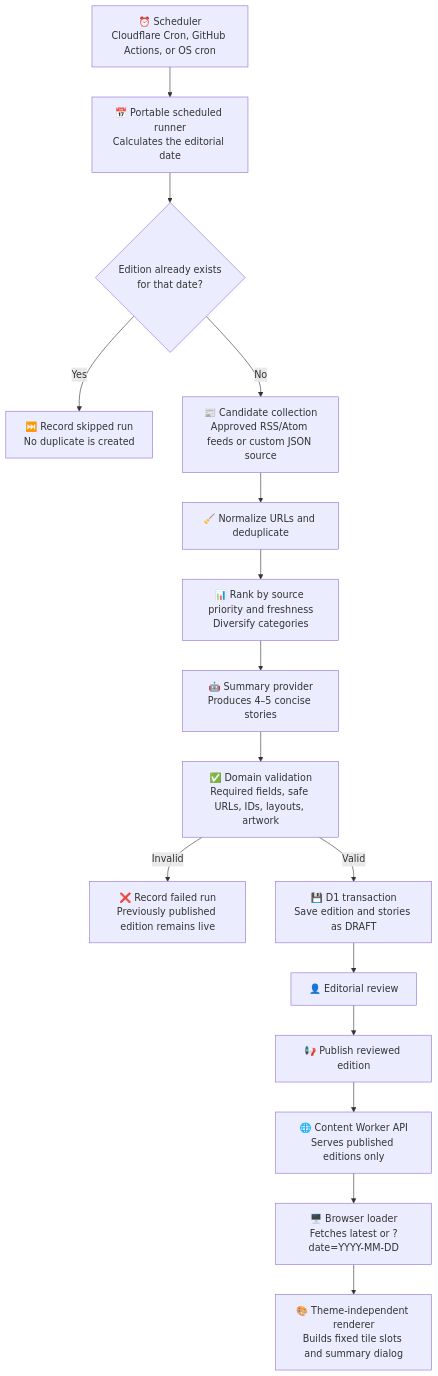
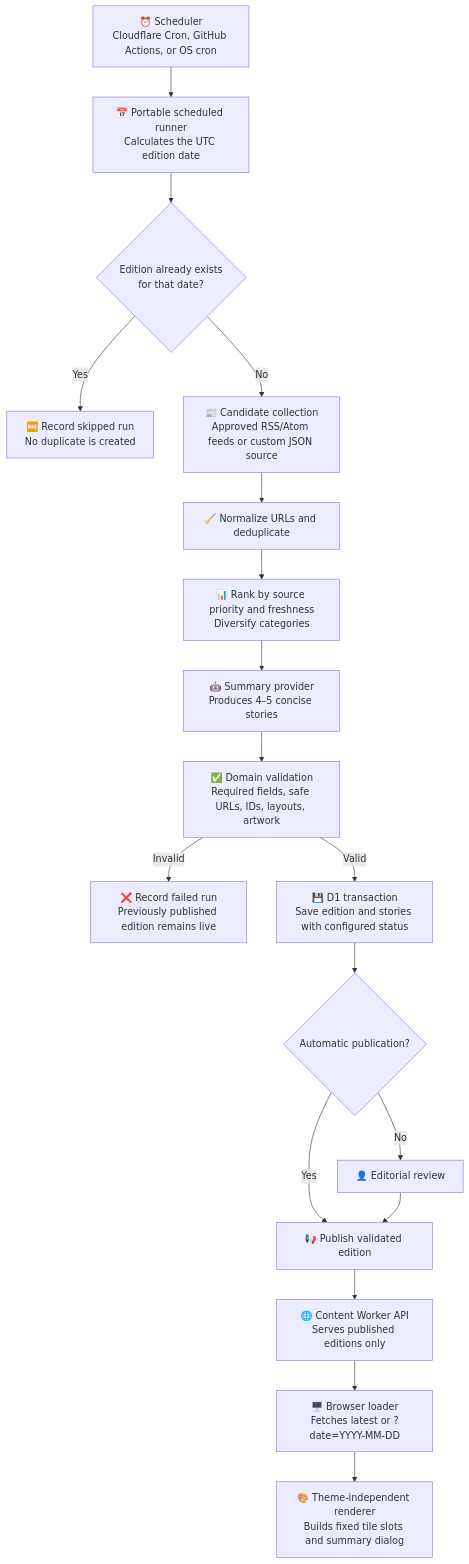
One commit to RadheCode/AINuggets changed the diagram in docs/CONTENT_ENGINE.md. Above: the diagram before and after it, drawn with Mermaid. The commit also changed other lines of this file and 18 other files, not shown here.

````diff
--- a/docs/CONTENT_ENGINE.md
+++ b/docs/CONTENT_ENGINE.md
@@ -18,21 +18,22 @@
 ```mermaid
 flowchart TD
-    A["⏰ Scheduler\nCloudflare Cron, GitHub Actions, or OS cron"] --> B["📅 Portable scheduled runner\nCalculates the editorial date"]
+    A["⏰ Scheduler\nCloudflare Cron, GitHub Actions, or OS cron"] --> B["📅 Portable scheduled runner\nCalculates the UTC edition date"]
     B --> C{"Edition already exists\nfor that date?"}
 
     C -- "Yes" --> D["⏭️ Record skipped run\nNo duplicate is created"]
     C -- "No" --> E["📰 Candidate collection\nApproved RSS/Atom feeds or custom JSON source"]
     E --> F["🧹 Normalize URLs and deduplicate"]
     F --> G["📊 Rank by source priority and freshness\nDiversify categories"]
     G --> H["🤖 Summary provider\nProduces 4–5 concise stories"]
     H --> I["✅ Domain validation\nRequired fields, safe URLs, IDs, layouts, artwork"]
 
     I -- "Invalid" --> J["❌ Record failed run\nPreviously published edition remains live"]
-    I -- "Valid" --> K["💾 D1 transaction\nSave edition and stories as DRAFT"]
-    K --> L["👤 Editorial review"]
-    L --> M["📢 Publish reviewed edition"]
+    I -- "Valid" --> K["💾 D1 transaction\nSave edition and stories with configured status"]
+    K --> L{"Automatic publication?"}
+    L -- "Yes" --> M["📢 Publish validated edition"]
+    L -- "No" --> Q["👤 Editorial review"] --> M
 
     M --> N["🌐 Content Worker API\nServes published editions only"]
     N --> O["🖥️ Browser loader\nFetches latest or ?date=YYYY-MM-DD"]
     O --> P["🎨 Theme-independent renderer\nBuilds fixed tile slots and summary dialog"]
 ```
````
